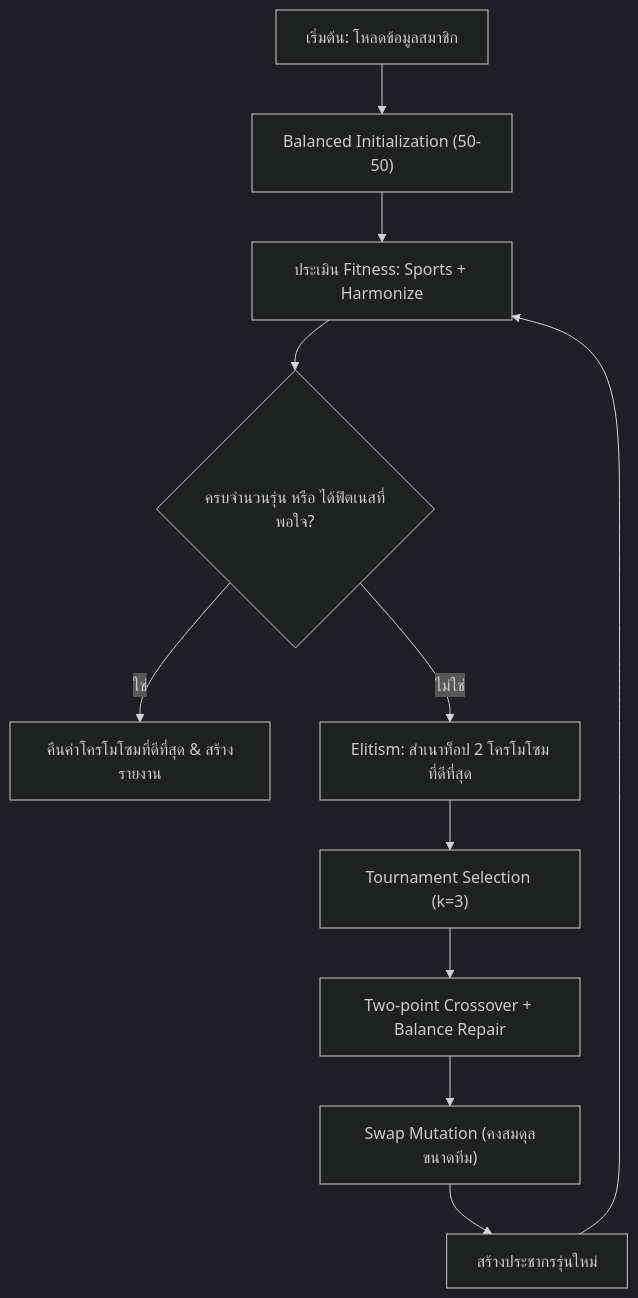
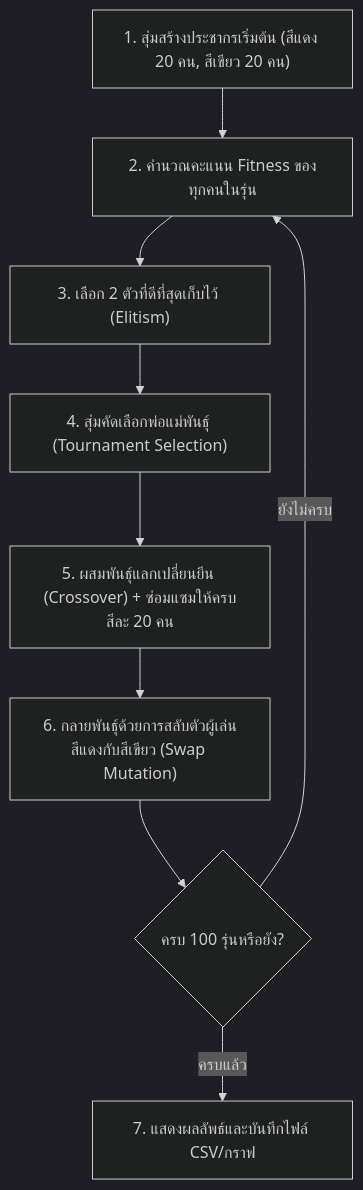
One commit to Name-Thinking/GA changed the diagram in README.md. Above: the diagram before and after it, drawn with Mermaid (dark theme). The commit also changed other lines of this file and 13 other files, not shown here.

````diff
--- a/README.md
+++ b/README.md
@@ -72,13 +44,11 @@
 ```mermaid
 flowchart TD
-    Start["เริ่มต้น: โหลดข้อมูลสมาชิก"] --> Init["Balanced Initialization (50-50)"]
-    Init --> Eval["ประเมิน Fitness: Sports + Harmonize"]
-    Eval --> Check{"ครบจำนวนรุ่น หรือ ได้ฟิตเนสที่พอใจ?"}
-    Check -- ใช่ --> Best["คืนค่าโครโมโซมที่ดีที่สุด & สร้างรายงาน"]
-    Check -- ไม่ใช่ --> Elite["Elitism: สำเนาท็อป 2 โครโมโซมที่ดีที่สุด"]
-    Elite --> Tourn["Tournament Selection (k=3)"]
-    Tourn --> Cross["Two-point Crossover + Balance Repair"]
-    Cross --> Mut["Swap Mutation (คงสมดุลขนาดทีม)"]
-    Mut --> NextGen["สร้างประชากรรุ่นใหม่"]
-    NextGen --> Eval
+    A["1. สุ่มสร้างประชากรเริ่มต้น (สีแดง 20 คน, สีเขียว 20 คน)"] --> B["2. คำนวณคะแนน Fitness ของทุกคนในรุ่น"]
+    B --> C["3. เลือก 2 ตัวที่ดีที่สุดเก็บไว้ (Elitism)"]
+    C --> D["4. สุ่มคัดเลือกพ่อแม่พันธุ์ (Tournament Selection)"]
+    D --> E["5. ผสมพันธุ์แลกเปลี่ยนยีน (Crossover) + ซ่อมแซมให้ครบสีละ 20 คน"]
+    E --> F["6. กลายพันธุ์ด้วยการสลับตัวผู้เล่นสีแดงกับสีเขียว (Swap Mutation)"]
+    F --> G{"ครบ 100 รุ่นหรือยัง?"}
+    G -- ยังไม่ครบ --> B
+    G -- ครบแล้ว --> H["7. แสดงผลลัพธ์และบันทึกไฟล์ CSV/กราฟ"]
 ```
````
